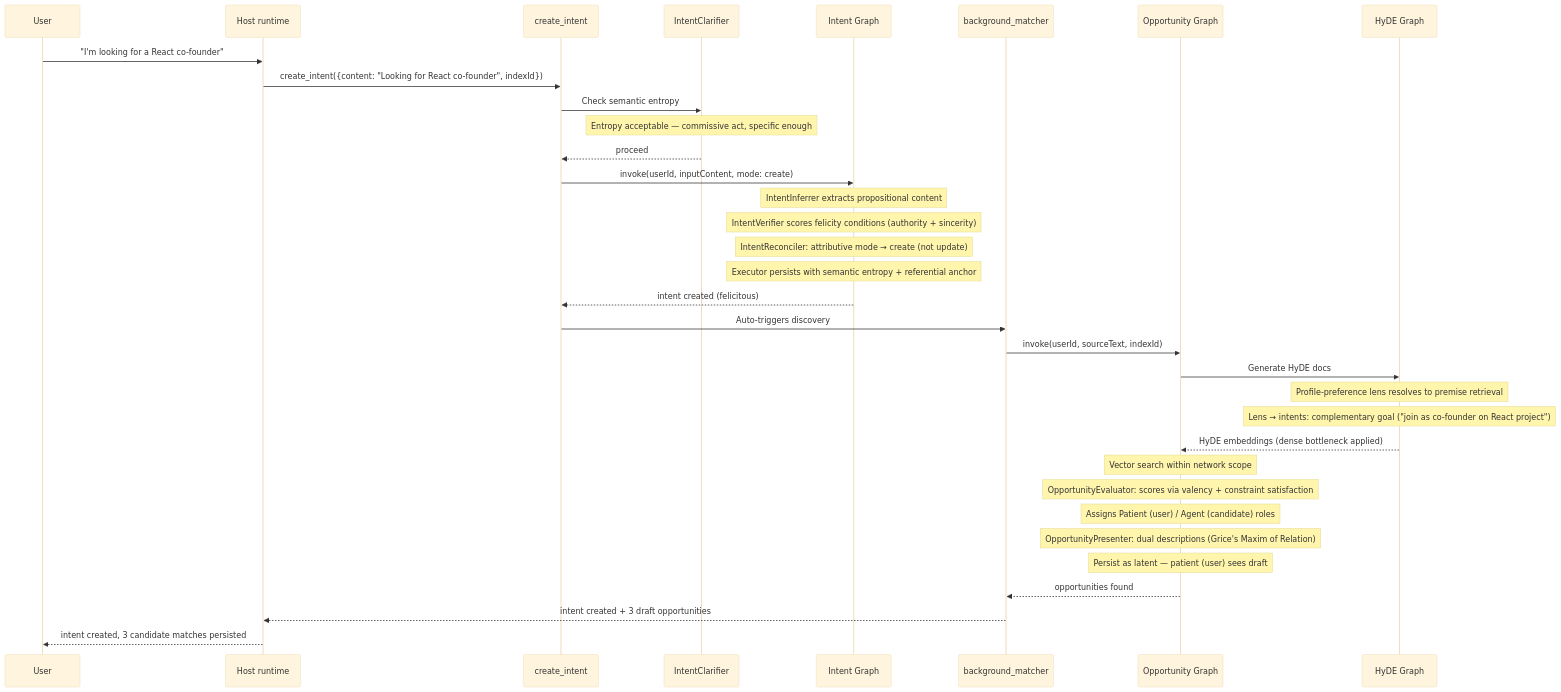
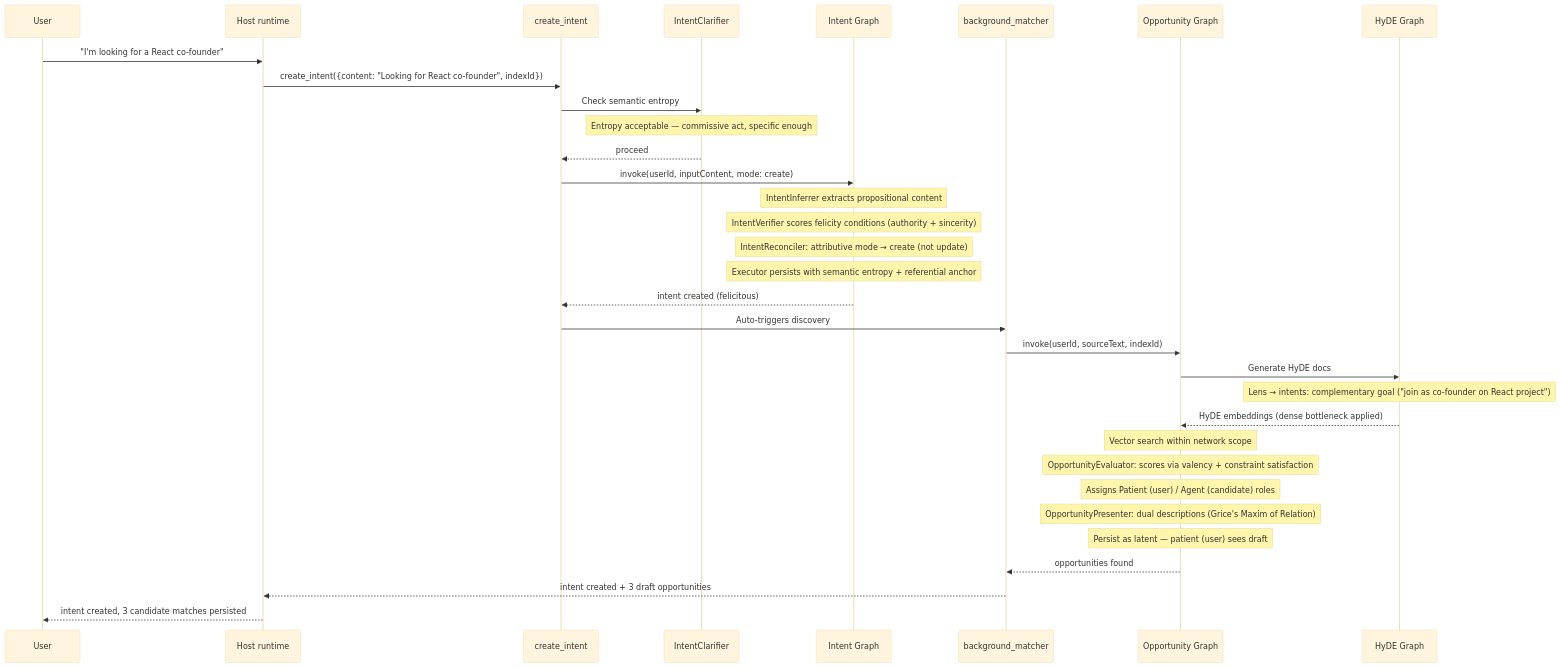
One commit to indexnetwork/index changed the first of 2 diagrams in packages/protocol/src/README.md. Above: the diagram before and after it, drawn with Mermaid (base theme). The commit also changed other lines of this file and 122 other files, not shown here.

First line of the commit message:
Remove premises and delivery flows

````diff
--- a/packages/protocol/src/README.md
+++ b/packages/protocol/src/README.md
@@ -118,43 +110,42 @@
 ```mermaid
 sequenceDiagram
     participant User
     participant Host as Host runtime
     participant CI as create_intent
     participant IC as IntentClarifier
     participant IG as Intent Graph
     participant CO as background_matcher
     participant OG as Opportunity Graph
     participant HG as HyDE Graph
 
     User->>Host: "I'm looking for a React co-founder"
     Host->>CI: create_intent({content: "Looking for React co-founder", indexId})
 
     CI->>IC: Check semantic entropy
     Note over IC: Entropy acceptable — commissive act, specific enough
     IC-->>CI: proceed
 
     CI->>IG: invoke(userId, inputContent, mode: create)
     Note over IG: IntentInferrer extracts propositional content
     Note over IG: IntentVerifier scores felicity conditions (authority + sincerity)
     Note over IG: IntentReconciler: attributive mode → create (not update)
     Note over IG: Executor persists with semantic entropy + referential anchor
 
     IG-->>CI: intent created (felicitous)
     CI->>CO: Auto-triggers discovery
     CO->>OG: invoke(userId, sourceText, indexId)
 
     OG->>HG: Generate HyDE docs
-    Note over HG: Profile-preference lens resolves to premise retrieval
     Note over HG: Lens → intents: complementary goal ("join as co-founder on React project")
     HG-->>OG: HyDE embeddings (dense bottleneck applied)
 
     Note over OG: Vector search within network scope
     Note over OG: OpportunityEvaluator: scores via valency + constraint satisfaction
     Note over OG: Assigns Patient (user) / Agent (candidate) roles
     Note over OG: OpportunityPresenter: dual descriptions (Grice's Maxim of Relation)
     Note over OG: Persist as latent — patient (user) sees draft
 
     OG-->>CO: opportunities found
     CO-->>Host: intent created + 3 draft opportunities
     Host-->>User: intent created, 3 candidate matches persisted
 ```
````
